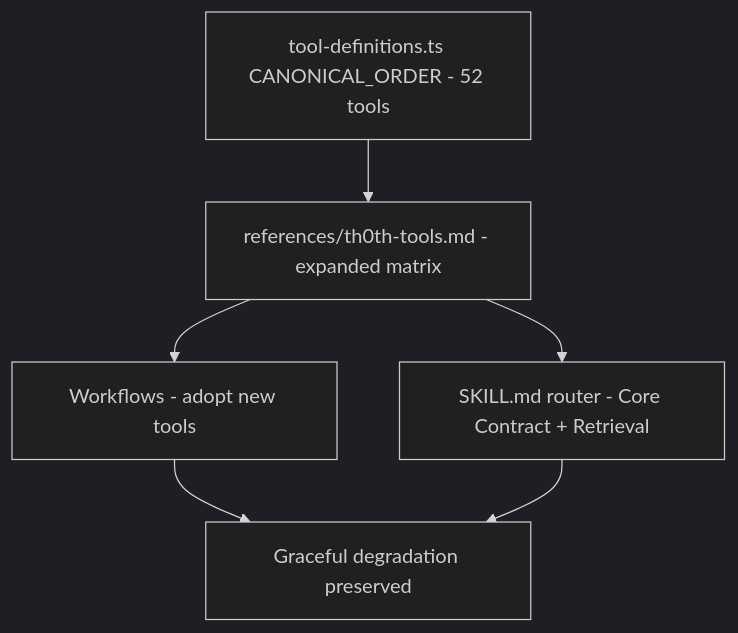
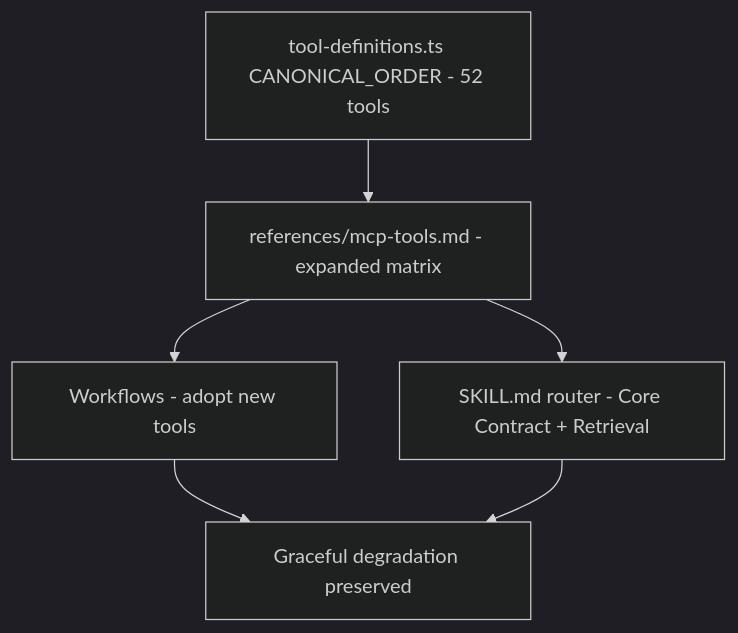
One commit to luizgmassa/massa-th0th changed the diagram in .specs/features/workflow-tools-adaptation/design.md. Above: the diagram before and after it, drawn with Mermaid (dark theme). The commit also changed other lines of this file and 697 other files, not shown here.

````diff
--- a/.specs/features/workflow-tools-adaptation/design.md
+++ b/.specs/features/workflow-tools-adaptation/design.md
@@ -14,8 +14,8 @@
 ```mermaid
 graph TD
-    A[tool-definitions.ts CANONICAL_ORDER - 52 tools] --> B[references/th0th-tools.md - expanded matrix]
+    A[tool-definitions.ts CANONICAL_ORDER - 52 tools] --> B[references/mcp-tools.md - expanded matrix]
     B --> C[Workflows - adopt new tools]
     B --> D[SKILL.md router - Core Contract + Retrieval]
     C --> E[Graceful degradation preserved]
     D --> E
 ```
````
